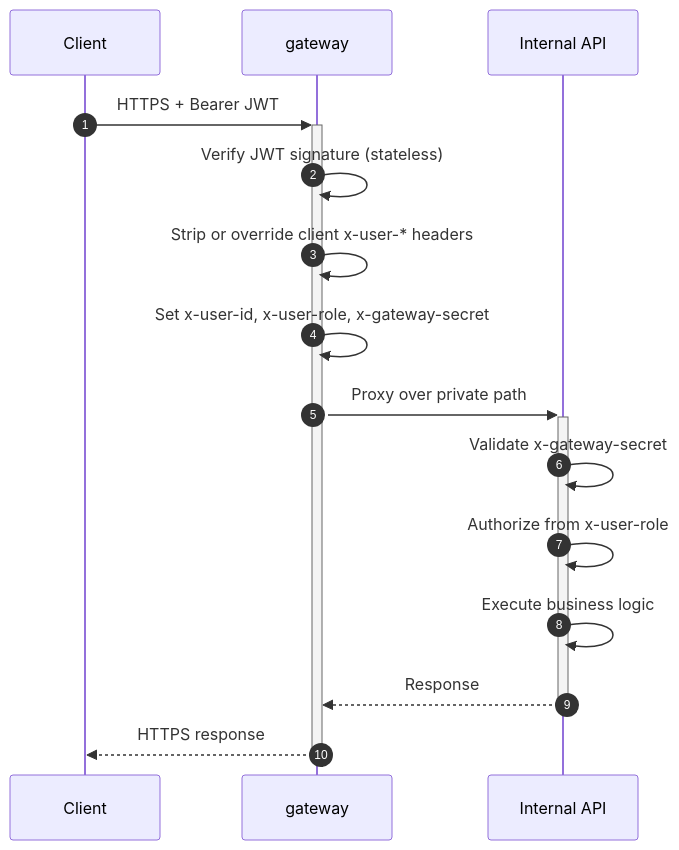
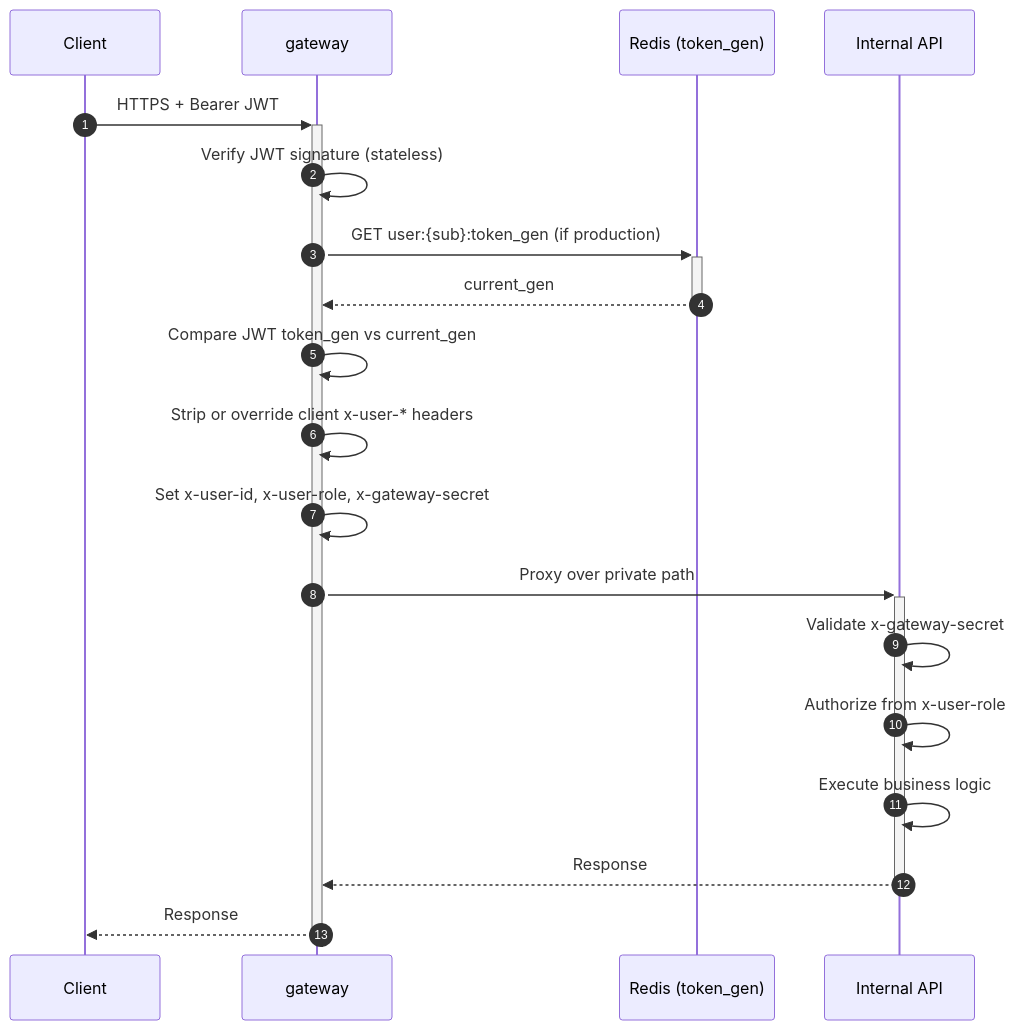
Before and after one commit to santanapol/ai-agent-template: the second of 4 diagrams in ARCHITECTURE.md, drawn with Mermaid. The commit also changed other lines of this file and 76 other files, not shown here.

````diff
--- a/ARCHITECTURE.md
+++ b/ARCHITECTURE.md
@@ -122,18 +130,22 @@
 ```mermaid
 sequenceDiagram
   autonumber
   participant C as Client
   participant G as gateway
+  participant R as Redis (token_gen)
   participant I as Internal API
 
   C->>+G: HTTPS + Bearer JWT
   G->>G: Verify JWT signature (stateless)
+  G->>+R: GET user:{sub}:token_gen (if production)
+  R-->>-G: current_gen
+  G->>G: Compare JWT token_gen vs current_gen
   G->>G: Strip or override client x-user-* headers
   G->>G: Set x-user-id, x-user-role, x-gateway-secret
   G->>+I: Proxy over private path
   I->>I: Validate x-gateway-secret
   I->>I: Authorize from x-user-role
   I->>I: Execute business logic
   I-->>-G: Response
-  G-->>-C: HTTPS response
+  G-->>-C: Response
 ```
````
